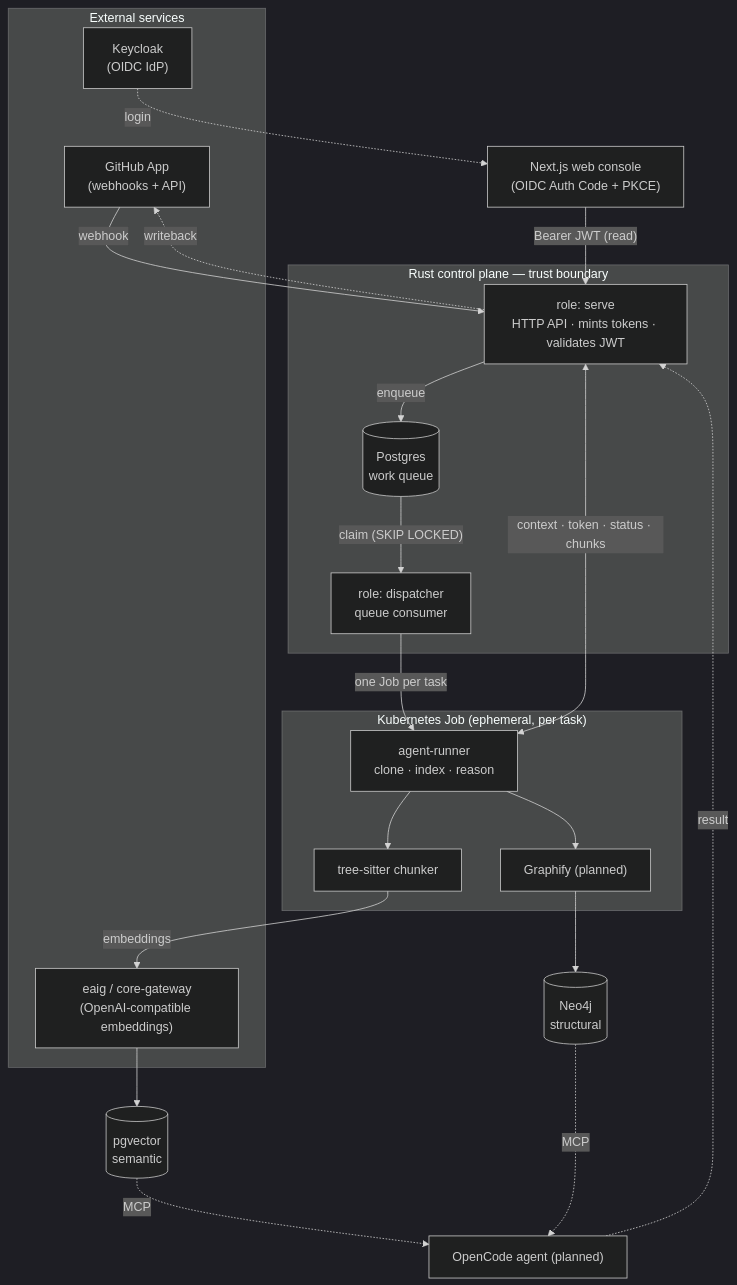
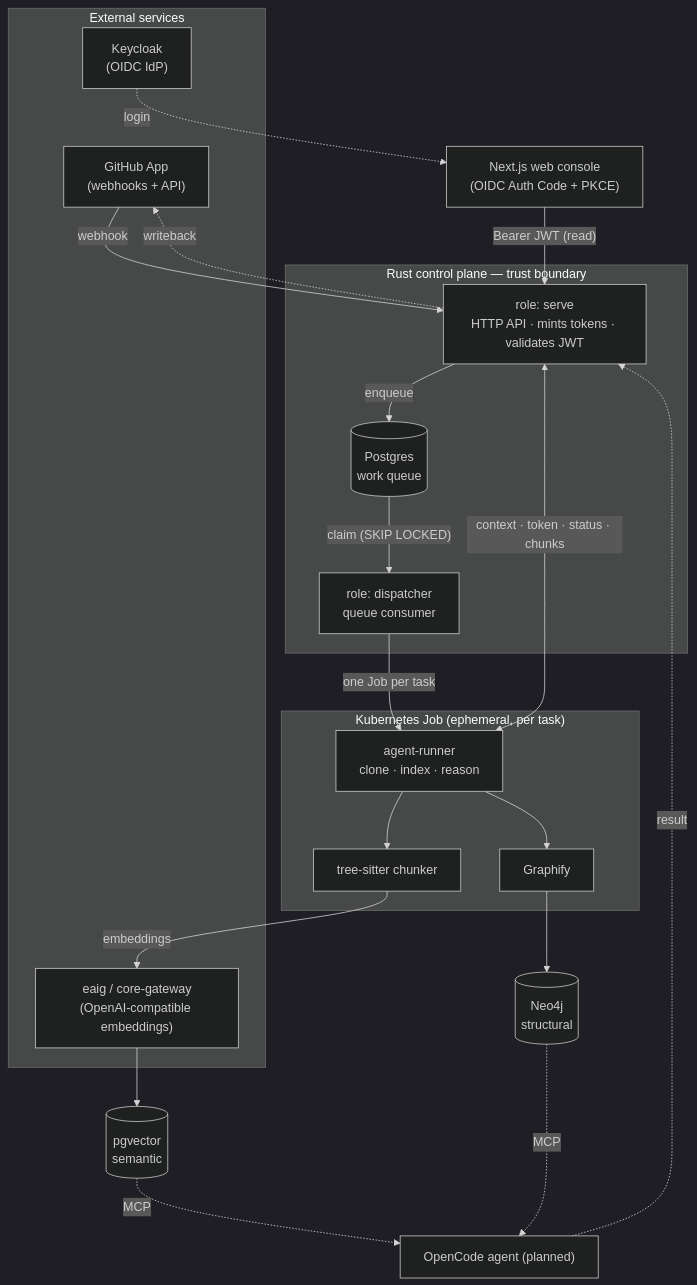
One commit to vymalo/lightbridge-code-intelligence changed the first of 4 diagrams in README.md. Above: the diagram before and after it, drawn with Mermaid (dark theme). The commit also changed other lines of this file and 14 other files, not shown here.

First line of the commit message:
feat(indexer): Graphify → Neo4j structural graph (epic #5, slice 3)

````diff
--- a/README.md
+++ b/README.md
@@ -26,43 +26,43 @@
 ```mermaid
 flowchart TD
     subgraph external["External services"]
         GH["GitHub App<br/>(webhooks + API)"]
         KC["Keycloak<br/>(OIDC IdP)"]
         EAIG["eaig / core-gateway<br/>(OpenAI-compatible embeddings)"]
     end
 
     WEB["Next.js web console<br/>(OIDC Auth Code + PKCE)"]
 
     subgraph cp["Rust control plane — trust boundary"]
         SERVE["role: serve<br/>HTTP API · mints tokens · validates JWT"]
         DISP["role: dispatcher<br/>queue consumer"]
         Q[("Postgres<br/>work queue")]
     end
 
     subgraph job["Kubernetes Job (ephemeral, per task)"]
         RUNNER["agent-runner<br/>clone · index · reason"]
         TS["tree-sitter chunker"]
-        GFY["Graphify (planned)"]
+        GFY["Graphify"]
     end
 
     VEC[("pgvector<br/>semantic")]
     NEO[("Neo4j<br/>structural")]
     AGENT["OpenCode agent (planned)"]
 
     KC -. login .-> WEB
     WEB -->|"Bearer JWT (read)"| SERVE
     GH -->|webhook| SERVE
     SERVE -->|enqueue| Q
     Q -->|"claim (SKIP LOCKED)"| DISP
     DISP -->|"one Job per task"| RUNNER
     SERVE <-->|"context · token · status · chunks"| RUNNER
     RUNNER --> TS
     RUNNER --> GFY
     TS -->|embeddings| EAIG
     EAIG --> VEC
     GFY --> NEO
     VEC -. MCP .-> AGENT
     NEO -. MCP .-> AGENT
     AGENT -. result .-> SERVE
     SERVE -. writeback .-> GH
 ```
````
